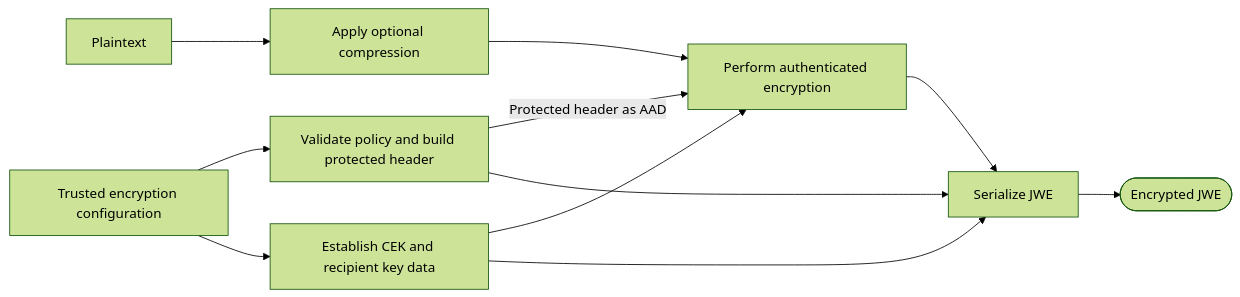
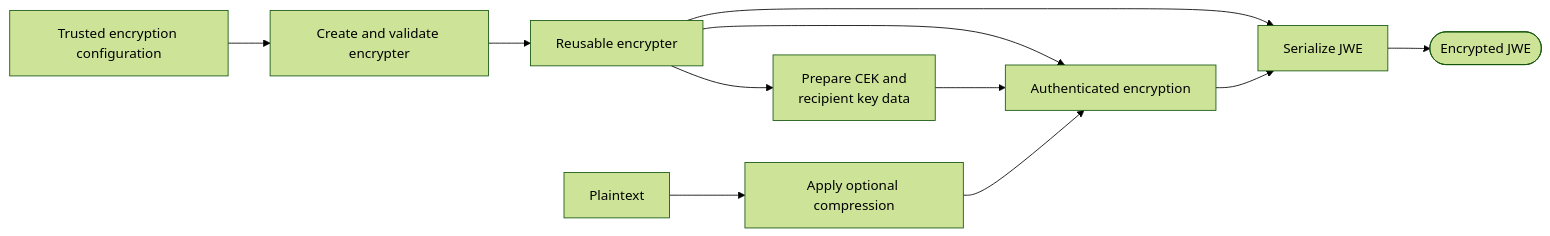
Before and after one commit to mkbeh/xjose: the eighth of 20 diagrams in DESIGN.md, drawn with Mermaid (forest theme). The commit also changed other lines of this file, not shown here.

Commit message:
docs: refine architectural design

````diff
--- a/DESIGN.md
+++ b/DESIGN.md
@@ -368,21 +404,22 @@
 ```mermaid
 flowchart LR
+    Config[Trusted encryption configuration]
+    Create[Create and validate encrypter]
+    Encrypter[Reusable encrypter]
     Plaintext[Plaintext]
-    Config[Trusted encryption configuration]
-    Prepare[Validate policy and build protected header]
     Compress[Apply optional compression]
-    KeyManagement[Establish CEK and recipient key data]
-    Encrypt[Perform authenticated encryption]
+    Keys[Prepare CEK and<br/>recipient key data]
+    Encrypt[Authenticated encryption]
     Serialize[Serialize JWE]
-    Token([Encrypted JWE])
-    Config --> Prepare
-    Config --> KeyManagement
+    Result([Encrypted JWE])
+    Config --> Create
+    Create --> Encrypter
     Plaintext --> Compress
+    Encrypter --> Keys
+    Encrypter --> Encrypt
     Compress --> Encrypt
-    Prepare -->|Protected header as AAD| Encrypt
-    KeyManagement --> Encrypt
-    Prepare --> Serialize
-    KeyManagement --> Serialize
+    Keys --> Encrypt
     Encrypt --> Serialize
-    Serialize --> Token
+    Encrypter --> Serialize
+    Serialize --> Result
 ```
````
